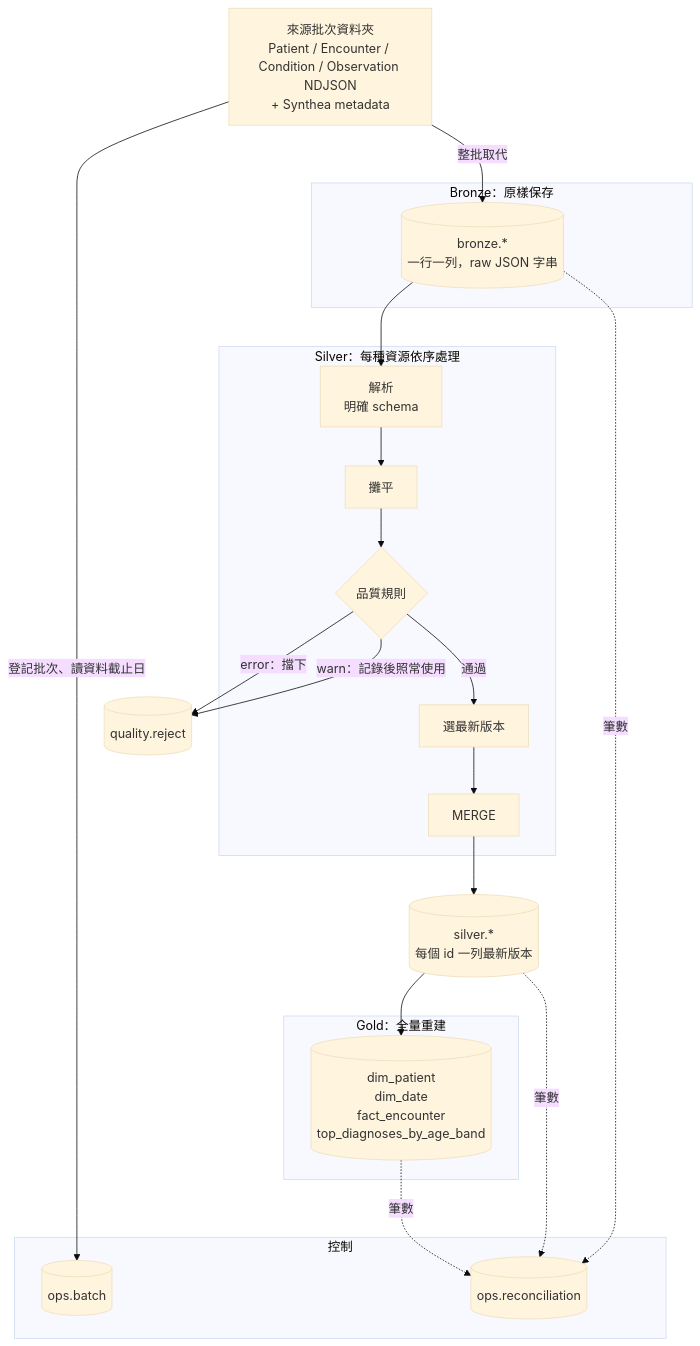
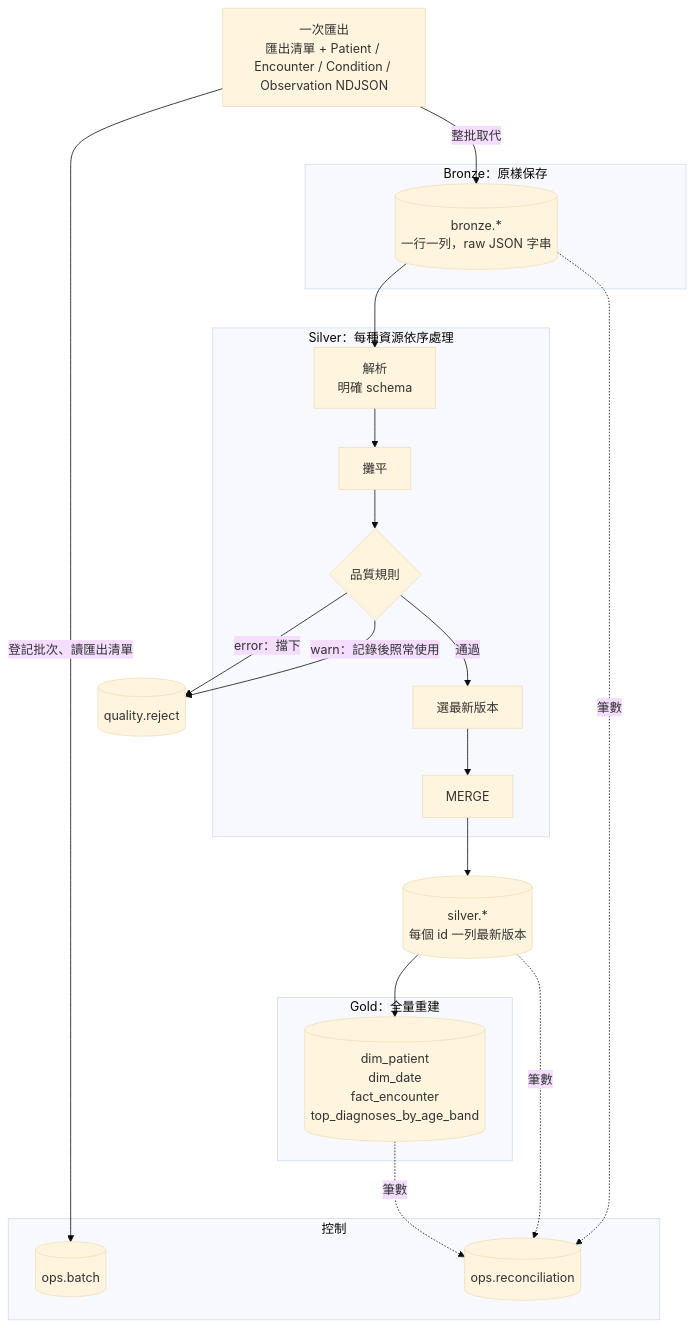
Before and after one commit to hcy1041116/fhir-lakehouse: the second of 4 diagrams in docs/architecture.md, drawn with Mermaid (base theme). The commit also changed other lines of this file and 2 other files, not shown here.

Commit message:
docs: describe export simulator in glossary, architecture and data model

````diff
--- a/docs/architecture.md
+++ b/docs/architecture.md
@@ -29,39 +60,39 @@
 ```mermaid
 flowchart TB
-    SRC["來源批次資料夾<br/>Patient / Encounter / Condition / Observation NDJSON<br/>+ Synthea metadata"]
+    SRC["一次匯出<br/>匯出清單 + Patient / Encounter / Condition / Observation NDJSON"]
 
     subgraph OPS[控制]
         BATCH[(ops.batch)]
         RECON[(ops.reconciliation)]
     end
 
     subgraph BRONZE[Bronze：原樣保存]
         BR[(bronze.*<br/>一行一列，raw JSON 字串)]
     end
 
     subgraph SILVER_STEP[Silver：每種資源依序處理]
         P1[解析<br/>明確 schema]
         P2[攤平]
         P3{品質規則}
         P4[選最新版本]
         P5[MERGE]
     end
 
     REJ[(quality.reject)]
     SV[(silver.*<br/>每個 id 一列最新版本)]
 
     subgraph GOLD[Gold：全量重建]
         G[(dim_patient<br/>dim_date<br/>fact_encounter<br/>top_diagnoses_by_age_band)]
     end
 
-    SRC -->|登記批次、讀資料截止日| BATCH
+    SRC -->|登記批次、讀匯出清單| BATCH
     SRC -->|整批取代| BR
     BR --> P1 --> P2 --> P3
     P3 -->|error：擋下| REJ
     P3 -->|warn：記錄後照常使用| REJ
     P3 -->|通過| P4 --> P5 --> SV
     SV --> G
     BR -. 筆數 .-> RECON
     SV -. 筆數 .-> RECON
     G -. 筆數 .-> RECON
 ```
````
